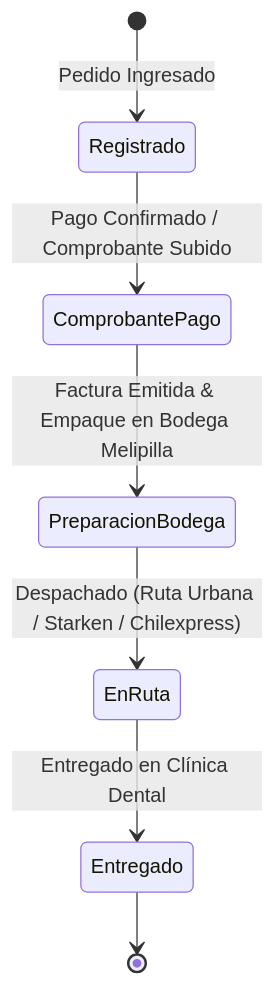
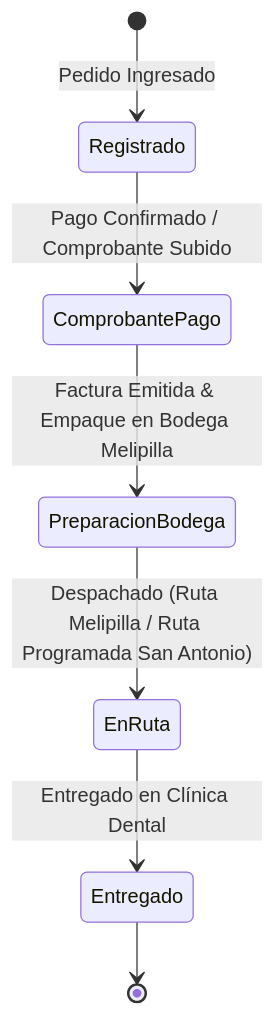
The second of 2 diagrams in src/components/AGENTS.md (carlosjosemm/pronto-insumos), drawn with Mermaid before and after one commit. The commit also changed other lines of this file and 7 other files, not shown here.

````diff
--- a/src/components/AGENTS.md
+++ b/src/components/AGENTS.md
@@ -234,9 +244,9 @@
 ```mermaid
 stateDiagram-v2
     [*] --> Registrado: Pedido Ingresado
     Registrado --> ComprobantePago: Pago Confirmado / Comprobante Subido
     ComprobantePago --> PreparacionBodega: Factura Emitida & Empaque en Bodega Melipilla
-    PreparacionBodega --> EnRuta: Despachado (Ruta Urbana / Starken / Chilexpress)
+    PreparacionBodega --> EnRuta: Despachado (Ruta Melipilla / Ruta Programada San Antonio)
     EnRuta --> Entregado: Entregado en Clínica Dental
     Entregado --> [*]
 ```
````
